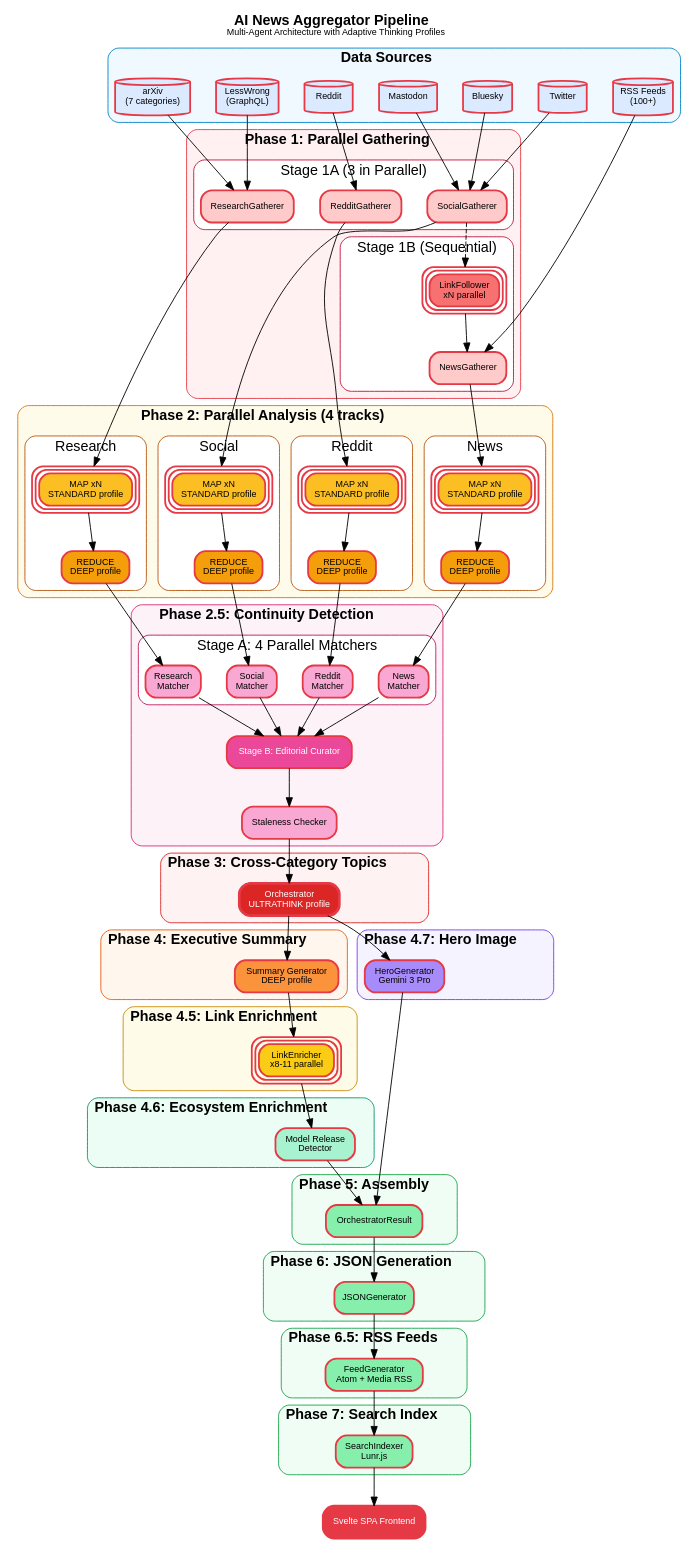
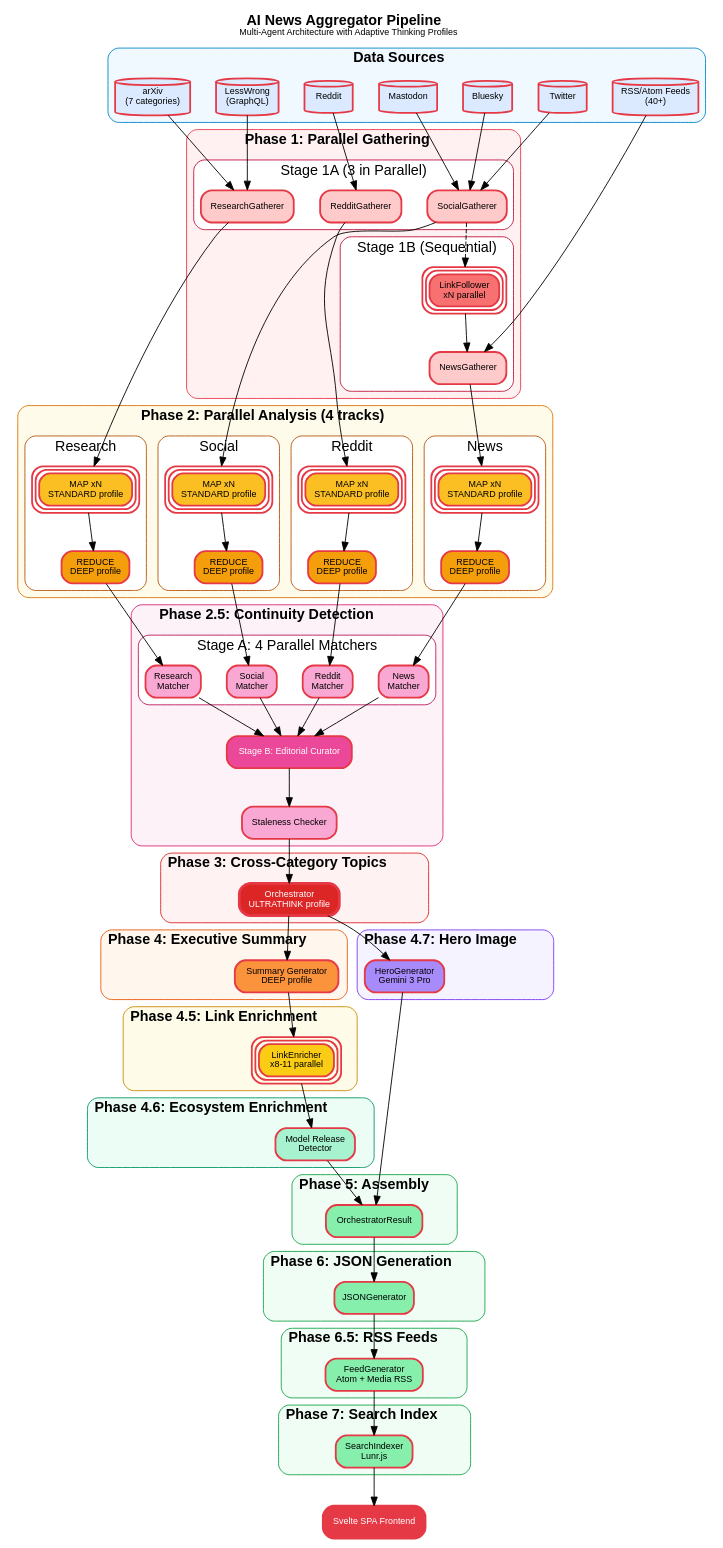
One commit to flyryan/ai-news-aggregator changed the diagram in assets/pipeline.dot. Above: the diagram before and after it, drawn with Graphviz. The commit also changed 18 other files, not shown here.

```diff
--- a/assets/pipeline.dot
+++ b/assets/pipeline.dot
@@ -23,7 +23,7 @@
         fillcolor="#F0F9FF";
         color="#0284C7";
 
-        rss [label="RSS Feeds\n(100+)", shape=cylinder, fillcolor="#DBEAFE"];
+        rss [label="RSS/Atom Feeds\n(40+)", shape=cylinder, fillcolor="#DBEAFE"];
         arxiv [label="arXiv\n(7 categories)", shape=cylinder, fillcolor="#DBEAFE"];
         lesswrong [label="LessWrong\n(GraphQL)", shape=cylinder, fillcolor="#DBEAFE"];
         twitter [label="Twitter", shape=cylinder, fillcolor="#DBEAFE"];
```
